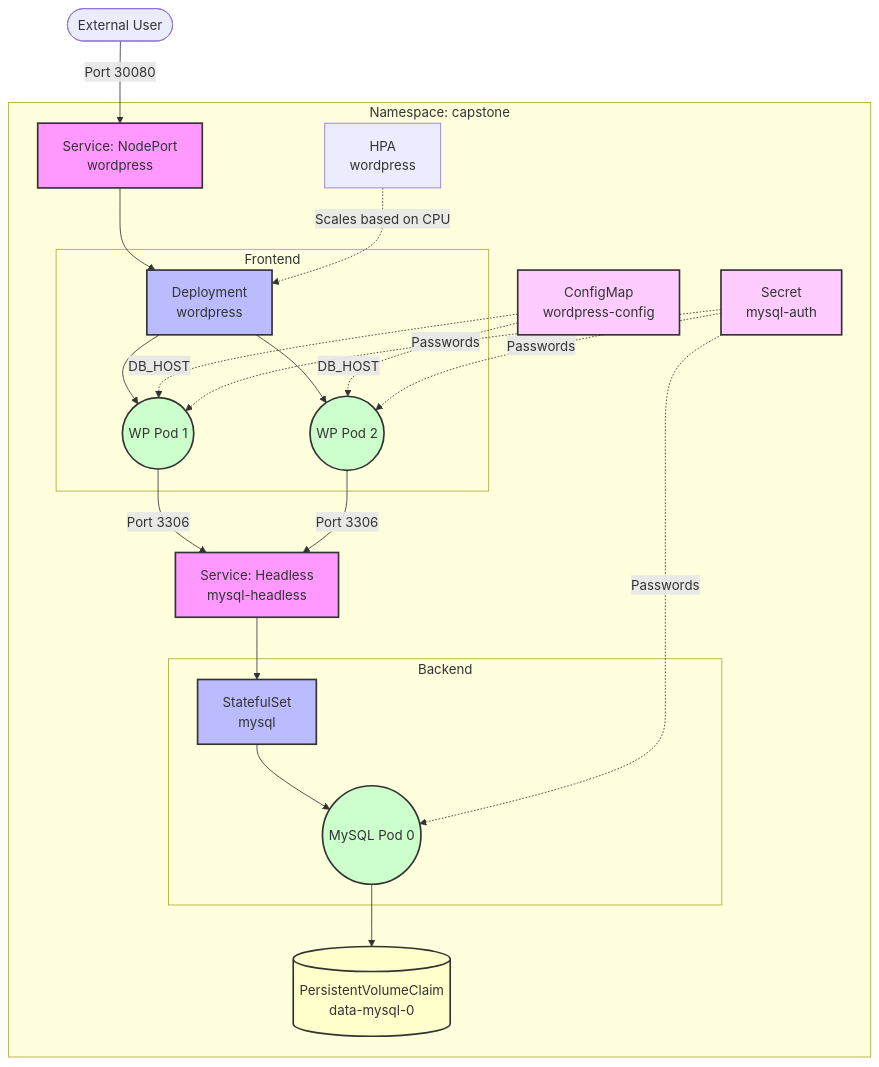
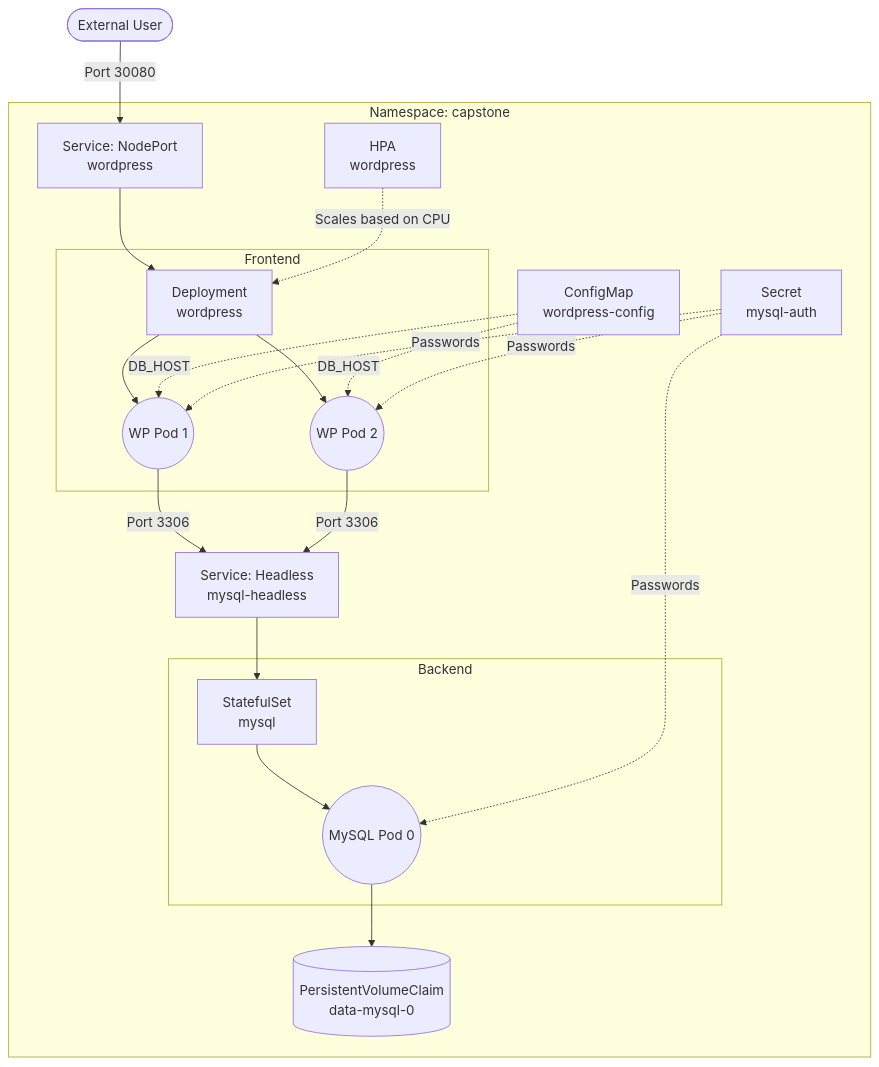
The diagram in 2026/day-60/day-60-capstone.md (atharvasd/90DaysOfDevOps), drawn with Mermaid before and after one commit.

Commit message:
fix: changed colours for architecure diagram

````diff
--- a/2026/day-60/day-60-capstone.md
+++ b/2026/day-60/day-60-capstone.md
@@ -9,47 +9,35 @@
 ```mermaid
 graph TD
     User([External User]) -->|Port 30080| NodePort[Service: NodePort<br>wordpress]
     
     subgraph capstone[Namespace: capstone]
         %% Frontend
         NodePort --> WPDeploy[Deployment<br>wordpress]
         
         subgraph Frontend
             WPDeploy --> WPPod1((WP Pod 1))
             WPDeploy --> WPPod2((WP Pod 2))
         end
         
         HPA[HPA<br>wordpress] -.->|Scales based on CPU| WPDeploy
         
         ConfigMap[ConfigMap<br>wordpress-config] -.->|DB_HOST| WPPod1
         ConfigMap -.->|DB_HOST| WPPod2
         
         %% Database
         WPPod1 -->|Port 3306| Headless[Service: Headless<br>mysql-headless]
         WPPod2 -->|Port 3306| Headless
         
         Headless --> DBStateful[StatefulSet<br>mysql]
         
         subgraph Backend
             DBStateful --> DBPod((MySQL Pod 0))
         end
         
         Secret[Secret<br>mysql-auth] -.->|Passwords| WPPod1
         Secret -.->|Passwords| WPPod2
         Secret -.->|Passwords| DBPod
         
         DBPod --> PVC[(PersistentVolumeClaim<br>data-mysql-0)]
     end
-    
-    classDef svc fill:#f9f,stroke:#333,stroke-width:2px;
-    classDef deploy fill:#bbf,stroke:#333,stroke-width:2px;
-    classDef pod fill:#cfc,stroke:#333,stroke-width:2px;
-    classDef config fill:#fcf,stroke:#333,stroke-width:2px;
-    classDef storage fill:#ffc,stroke:#333,stroke-width:2px;
-    
-    class NodePort,Headless svc;
-    class WPDeploy,DBStateful deploy;
-    class WPPod1,WPPod2,DBPod pod;
-    class ConfigMap,Secret config;
-    class PVC storage;
 ```
````
